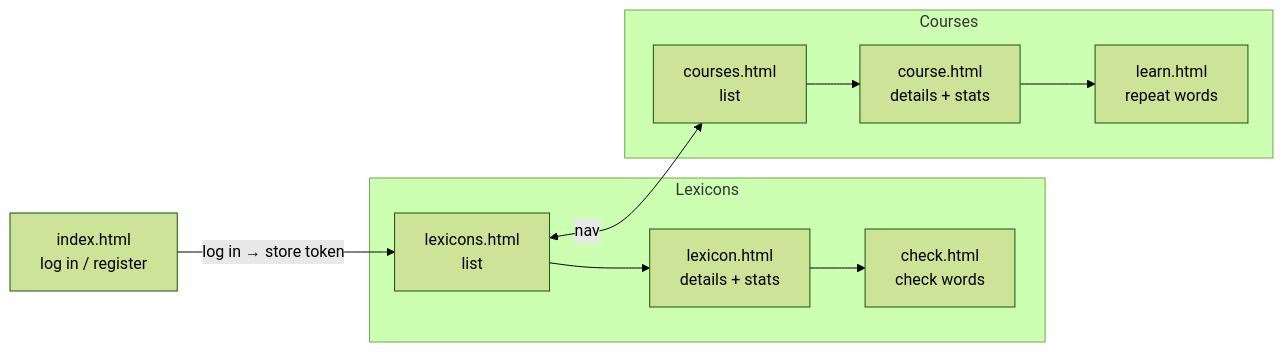
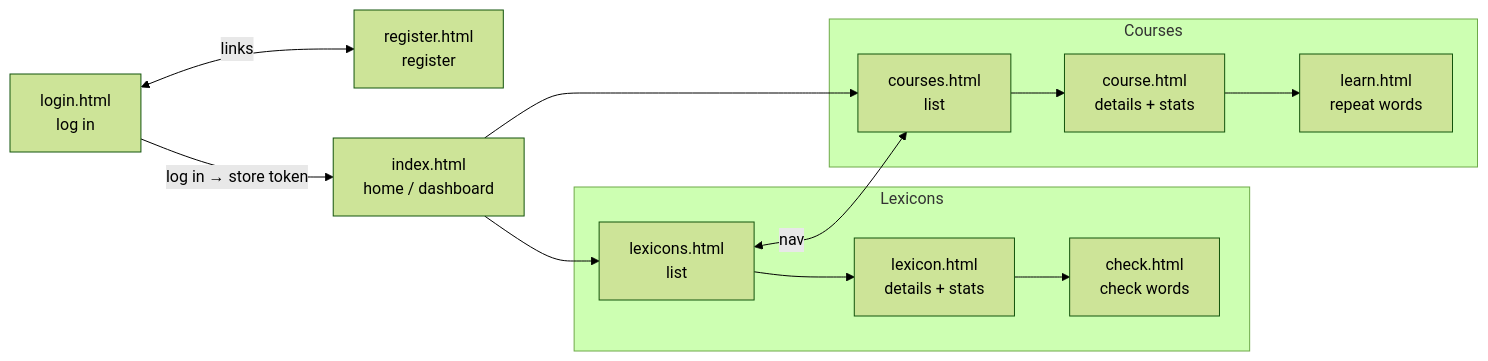
Before and after one commit to enzet/Emmio: the first of 2 diagrams in web/README.md, drawn with Mermaid (forest theme). The commit also changed other lines of this file and 11 other files, not shown here.

Commit message:
Rename `index.html` to `login.html`

````diff
--- a/web/README.md
+++ b/web/README.md
@@ -40,21 +42,26 @@
 ```mermaid
 flowchart LR
-    index["index.html<br/>log in / register"]
+    login["login.html<br/>log in"]
+    register["register.html<br/>register"]
+    home["index.html<br/>home / dashboard"]
+    login <-->|"links"| register
 
     subgraph lex["Lexicons"]
         lexicons["lexicons.html<br/>list"]
         lexicon["lexicon.html<br/>details + stats"]
         check["check.html<br/>check words"]
         lexicons --> lexicon --> check
     end
 
     subgraph courses["Courses"]
         courseList["courses.html<br/>list"]
         course["course.html<br/>details + stats"]
         learn["learn.html<br/>repeat words"]
         courseList --> course --> learn
     end
 
-    index -->|"log in → store token"| lexicons
+    login -->|"log in → store token"| home
+    home --> lexicons
+    home --> courseList
     lexicons <-->|"nav"| courseList
 ```
````
